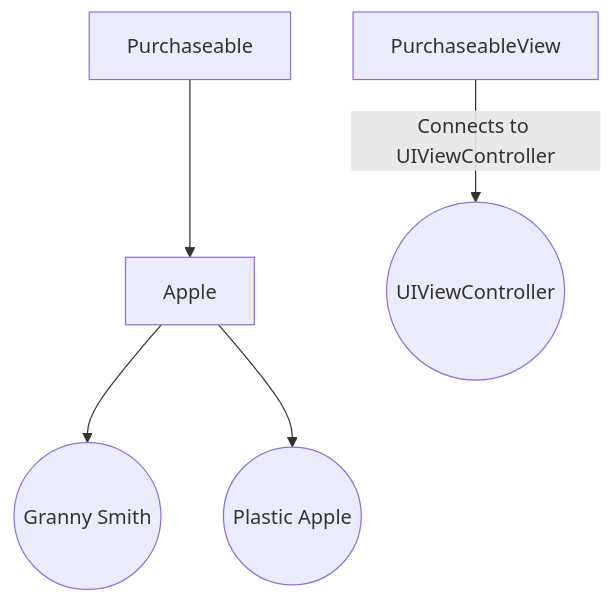
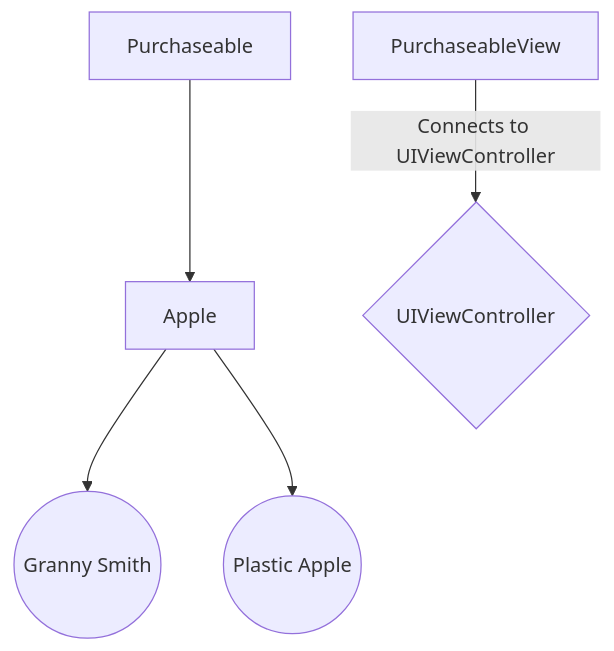
One commit to Brayden/Snackable-Swift changed the diagram in 1. Protocols/README.md. Above: the diagram before and after it, drawn with Mermaid.

````diff
--- a/1. Protocols/README.md
+++ b/1. Protocols/README.md
@@ -16,8 +16,8 @@
 ```mermaid
 graph TB
 A[Purchaseable] --> B[Apple]
 B --> C((Granny Smith))
 B --> D((Plastic Apple))
 
-E[PurchaseableView] -- Connects to UIViewController --> F((UIViewController))
+E[PurchaseableView] -- Connects to UIViewController --> F{UIViewController}
 ```
````
